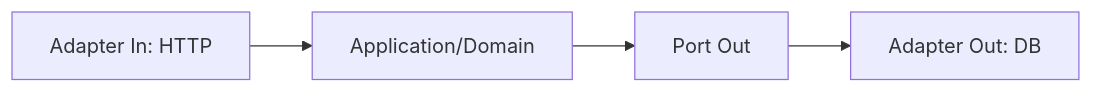
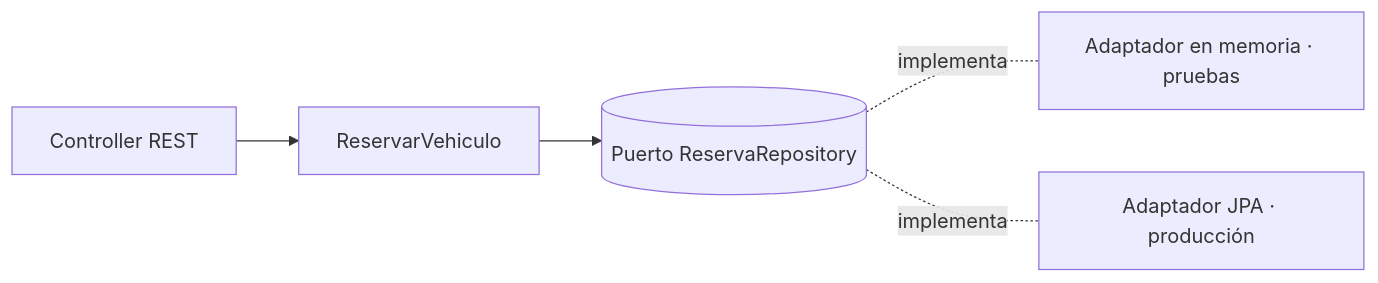
One commit to NICORUIZ93/The_Imperial_Book changed the diagram in web/public/content/spring-boot/modulo-15.md. Above: the diagram before and after it, drawn with Mermaid. The commit also changed other lines of this file and 20 other files, not shown here.

````diff
--- a/web/public/content/spring-boot/modulo-15.md
+++ b/web/public/content/spring-boot/modulo-15.md
@@ -17,6 +153,7 @@
 ```mermaid
 flowchart LR
-  IN[Adapter In: HTTP] --> APP[Application/Domain]
-  APP --> OUT[Port Out]
-  OUT --> DB[Adapter Out: DB]
+  HTTP[Controller REST] --> UC[ReservarVehiculo]
+  UC --> P[(Puerto ReservaRepository)]
+  P -.implementa.- MEM[Adaptador en memoria · pruebas]
+  P -.implementa.- JPA[Adaptador JPA · producción]
 ```
````
